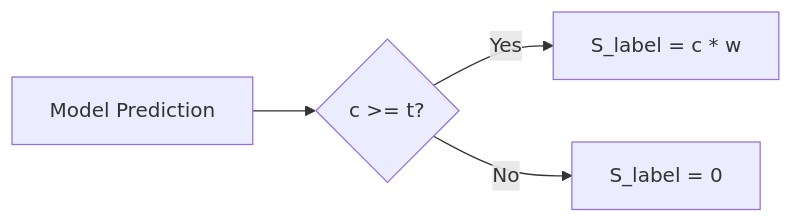
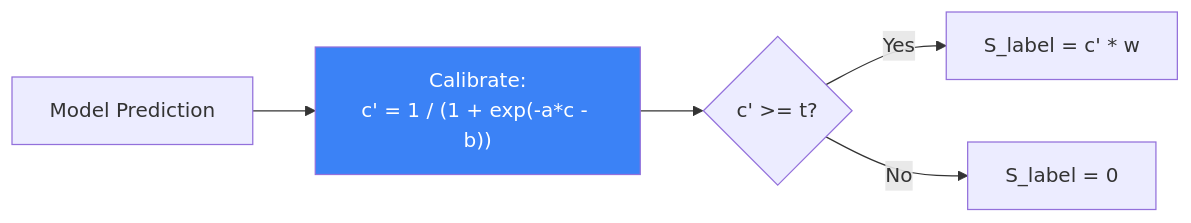
Before and after one commit to aacebo/loom: the third of 9 diagrams in docs/loom/scoring-algorithm.md, drawn with Mermaid. The commit also changed other lines of this file, not shown here.

````diff
--- a/docs/loom/scoring-algorithm.md
+++ b/docs/loom/scoring-algorithm.md
@@ -116,6 +166,9 @@
 ```mermaid
 flowchart LR
-    A[Model Prediction] --> B{c >= t?}
-    B -->|Yes| C["S_label = c * w"]
+    A[Model Prediction] --> P["Calibrate:<br/>c' = 1 / (1 + exp(-a*c - b))"]
+    P --> B{"c' >= t?"}
+    B -->|Yes| C["S_label = c' * w"]
     B -->|No| D["S_label = 0"]
+
+    style P fill:#3b82f6,color:#fff
 ```
````
